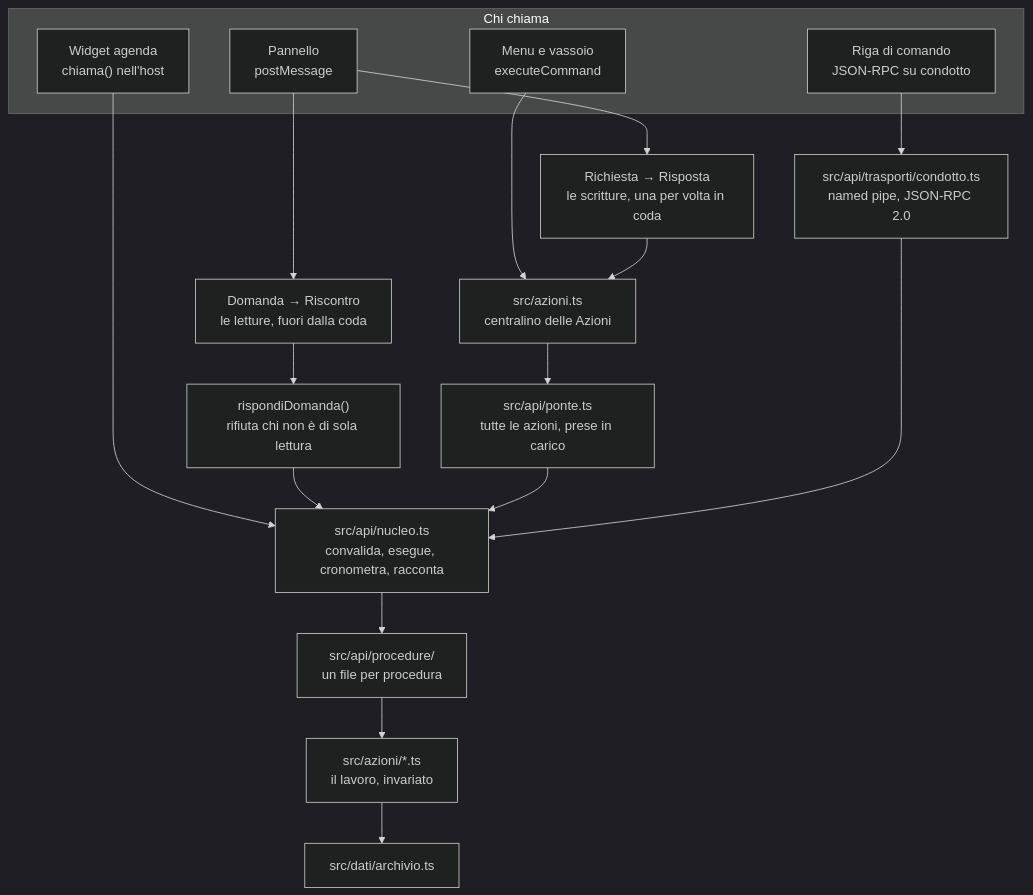
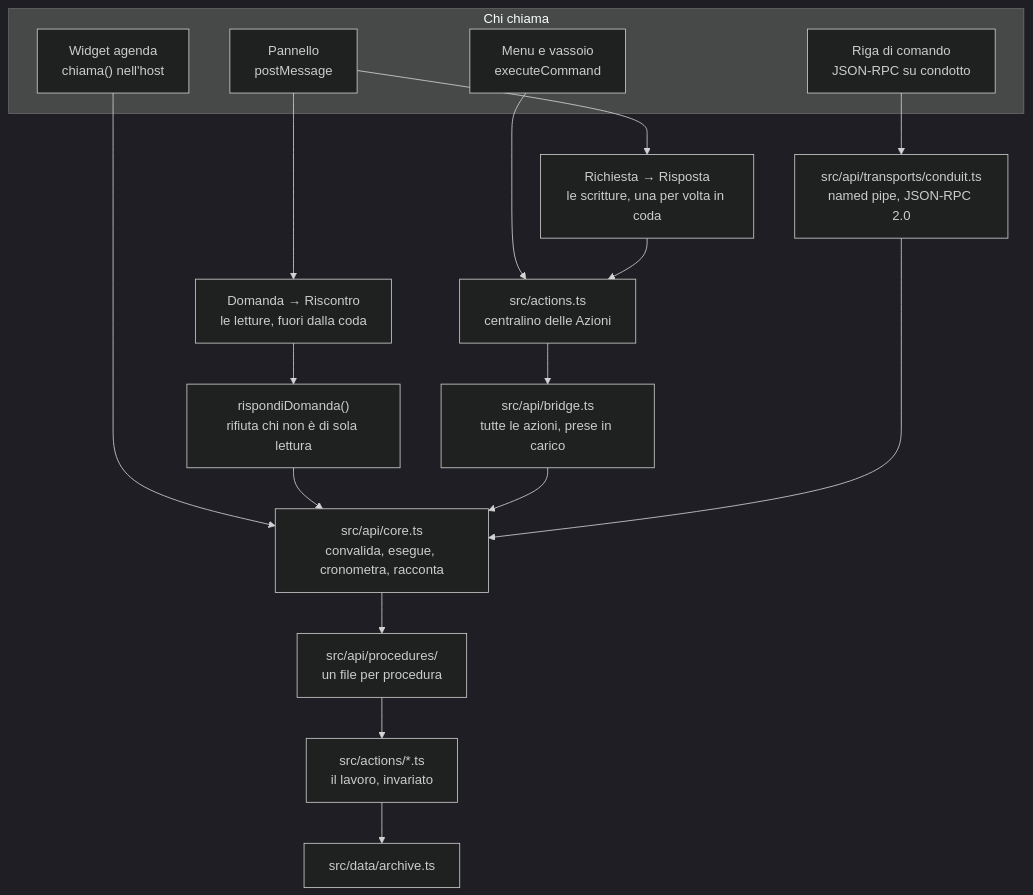
One commit to nabre/Registro changed the diagram in docs/API.md. Above: the diagram before and after it, drawn with Mermaid (dark theme). The commit also changed other lines of this file and 136 other files, not shown here.

````diff
--- a/docs/API.md
+++ b/docs/API.md
@@ -70,35 +70,35 @@
 ```mermaid
 flowchart TB
   subgraph chiamanti["Chi chiama"]
     pannello["Pannello<br/>postMessage"]
     agenda["Widget agenda<br/>chiama() nell'host"]
     menu["Menu e vassoio<br/>executeCommand"]
     cli["Riga di comando<br/>JSON-RPC su condotto"]
   end
 
   azioni["Richiesta → Risposta<br/>le scritture, una per volta in coda"]
   domande["Domanda → Riscontro<br/>le letture, fuori dalla coda"]
   guardia["rispondiDomanda()<br/>rifiuta chi non è di sola lettura"]
-  bus["src/azioni.ts<br/>centralino delle Azioni"]
-  ponte["src/api/ponte.ts<br/>tutte le azioni, prese in carico"]
-  condotto["src/api/trasporti/condotto.ts<br/>named pipe, JSON-RPC 2.0"]
-  nucleo["src/api/nucleo.ts<br/>convalida, esegue, cronometra, racconta"]
-  procedure["src/api/procedure/<br/>un file per procedura"]
-  gestori["src/azioni/*.ts<br/>il lavoro, invariato"]
-  archivio["src/dati/archivio.ts"]
+  bus["src/actions.ts<br/>centralino delle Azioni"]
+  ponte["src/api/bridge.ts<br/>tutte le azioni, prese in carico"]
+  condotto["src/api/transports/conduit.ts<br/>named pipe, JSON-RPC 2.0"]
+  nucleo["src/api/core.ts<br/>convalida, esegue, cronometra, racconta"]
+  procedure["src/api/procedures/<br/>un file per procedura"]
+  gestori["src/actions/*.ts<br/>il lavoro, invariato"]
+  archivio["src/data/archive.ts"]
 
   pannello --> azioni
   pannello --> domande
   agenda --> nucleo
   menu --> bus
   cli --> condotto
   azioni --> bus
   domande --> guardia
   guardia --> nucleo
   bus --> ponte
   ponte --> nucleo
   condotto --> nucleo
   nucleo --> procedure
   procedure --> gestori
   gestori --> archivio
 ```
````
